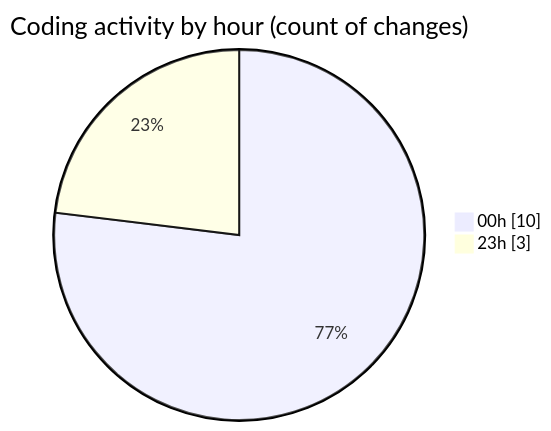
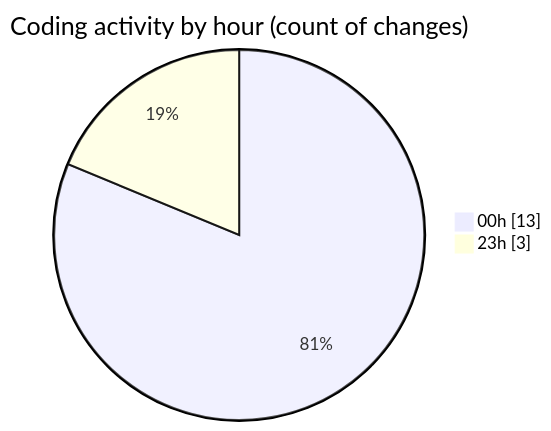
Before and after one commit to lephambinh05/code-tracking: the second of 2 diagrams in 2025-07-28/quanlyrapchieuphim-1/README.md, drawn with Mermaid. The commit also changed other lines of this file and 1 other file, not shown here.

````diff
--- a/2025-07-28/quanlyrapchieuphim-1/README.md
+++ b/2025-07-28/quanlyrapchieuphim-1/README.md
@@ -38,6 +39,6 @@
 ```mermaid
 pie showData
 title Coding activity by hour (count of changes)
-"00h" : 10
+"00h" : 13
 "23h" : 3
 ```
````
